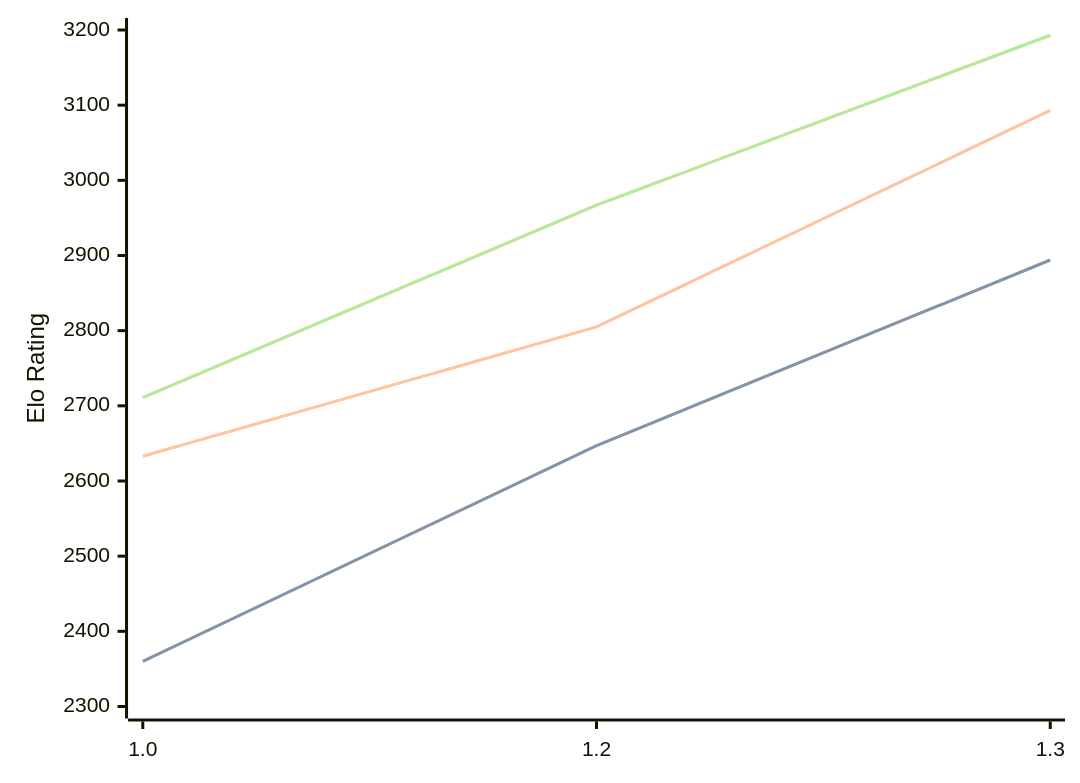
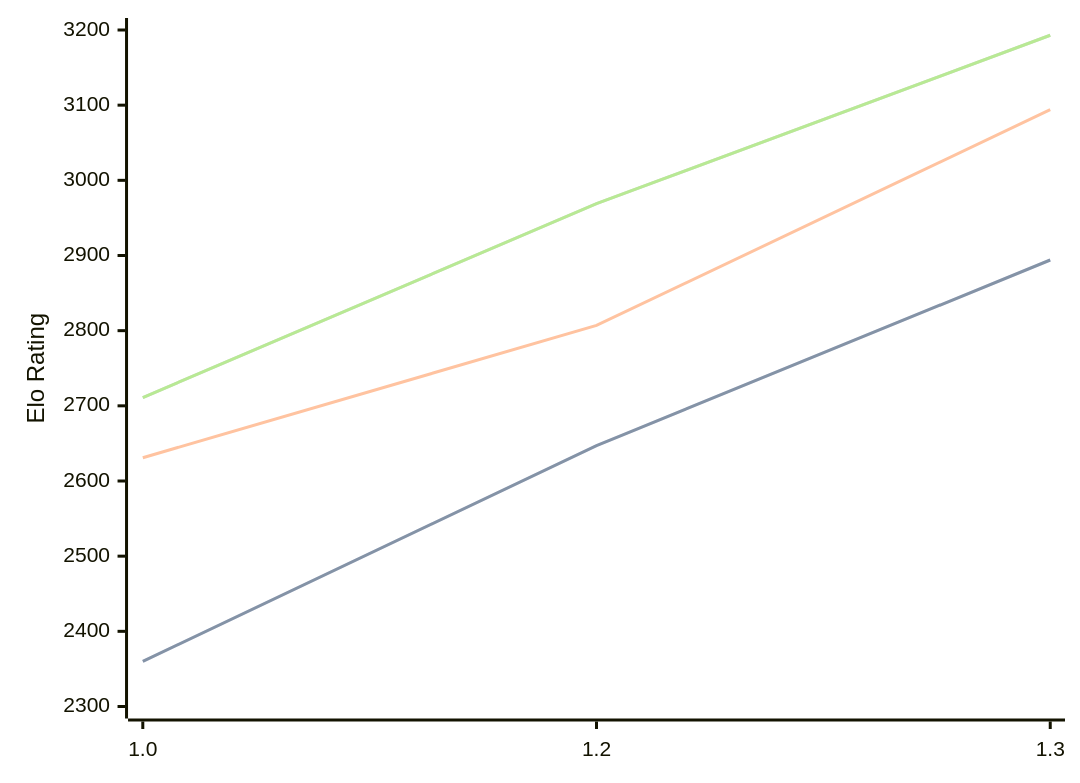
One commit to computer-chess-index/cci changed the diagram in engines/Chessnix.md. Above: the diagram before and after it, drawn with Mermaid. The commit also changed other lines of this file, not shown here.

Commit message:
Update CCI Ratings (ELO VLTC) - 2026-04-07

````diff
--- a/engines/Chessnix.md
+++ b/engines/Chessnix.md
@@ -35,11 +35,11 @@
 ```mermaid
 %%{init: {"theme":"base","themeVariables":{"seriesColors:['#a3a3a3','#222221','#faa371']}}}%%
 xychart-beta
   x-axis ["1.0", "1.2", "1.3"]
   y-axis "Elo Rating" 2300 --> 3200
   line "STC (8.0+0.08s)" [2360, 2647, 2894]
   line "STC (8.0+0.08s)" [2360, 2647, 2894]
-  line "LTC (60.0+0.60s)" [2633, 2805, 3093]
-  line "VLTC (2m24s+1.12s)" [2711, 2967, 3193]
-  line "VLTC (2m24s+1.12s)" [2711, 2967, 3193]
+  line "LTC (60.0+0.60s)" [2631, 2807, 3094]
+  line "VLTC (2m24s+1.12s)" [2711, 2969, 3193]
+  line "VLTC (2m24s+1.12s)" [2711, 2969, 3193]
 ```
````
